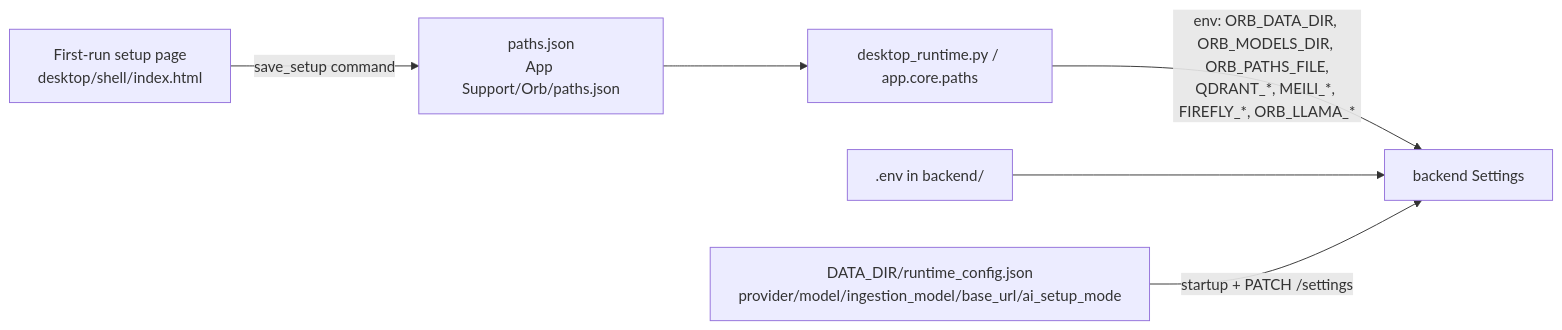
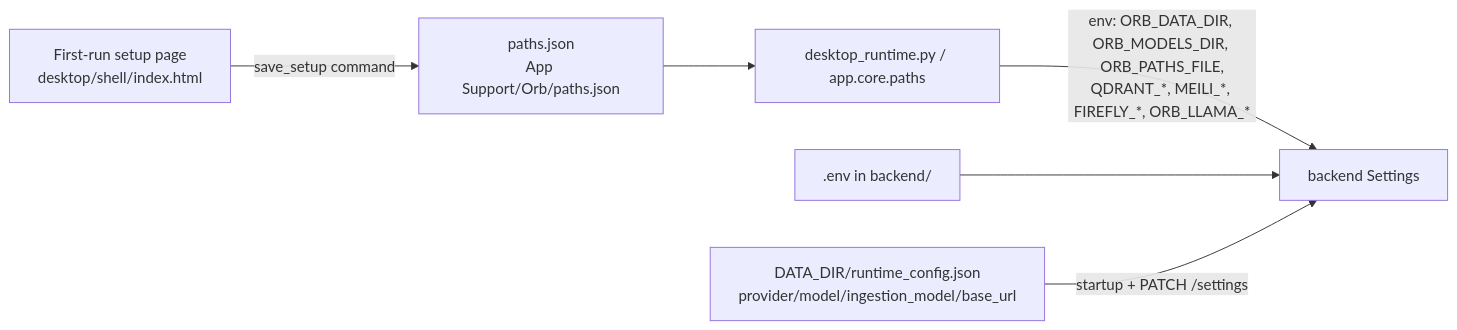
One commit to josetseph/Orb changed the second of 4 diagrams in Docs/02-system-architecture.md. Above: the diagram before and after it, drawn with Mermaid. The commit also changed other lines of this file and 159 other files, not shown here.

````diff
--- a/Docs/02-system-architecture.md
+++ b/Docs/02-system-architecture.md
@@ -64,8 +64,8 @@
 ```mermaid
 flowchart LR
   W[First-run setup page<br/>desktop/shell/index.html] -->|save_setup command| PJ[paths.json<br/>App Support/Orb/paths.json]
   PJ --> SUP[desktop_runtime.py / app.core.paths]
   SUP -->|env: ORB_DATA_DIR, ORB_MODELS_DIR, ORB_PATHS_FILE,<br/>QDRANT_*, MEILI_*, FIREFLY_*, ORB_LLAMA_*| API[backend Settings]
   ENV[.env in backend/] --> API
-  RC[DATA_DIR/runtime_config.json<br/>provider/model/ingestion_model/base_url/ai_setup_mode] -->|startup + PATCH /settings| API
+  RC[DATA_DIR/runtime_config.json<br/>provider/model/ingestion_model/base_url] -->|startup + PATCH /settings| API
 ```
````
